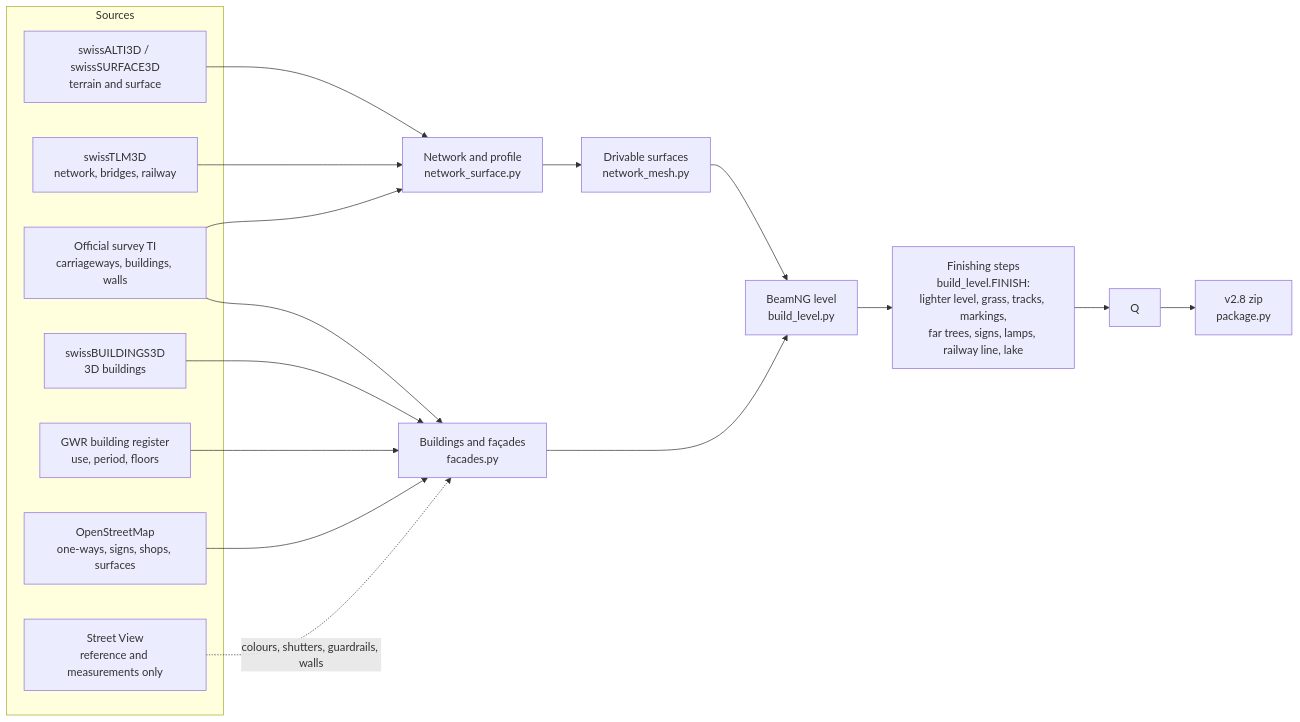
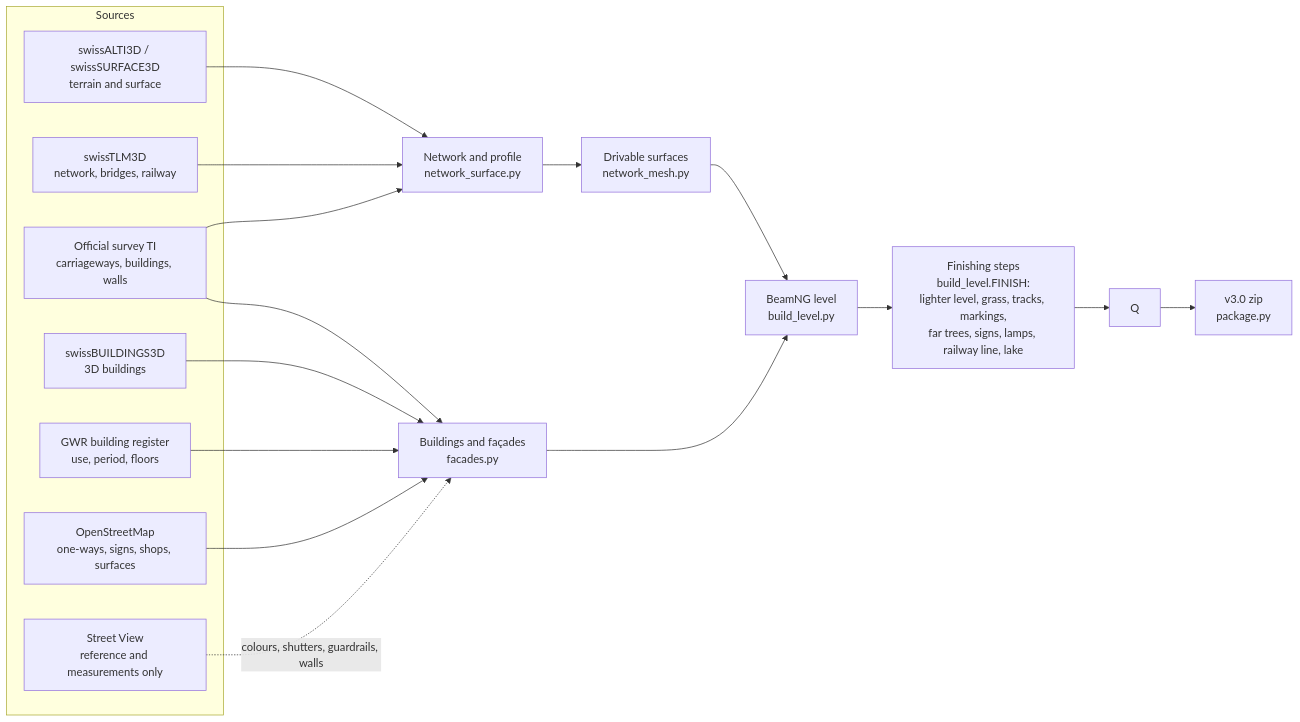
One commit to wintrymichi/magliasinaNG changed the diagram in README.md. Above: the diagram before and after it, drawn with Mermaid. The commit also changed other lines of this file, not shown here.

````diff
--- a/README.md
+++ b/README.md
@@ -145,20 +163,20 @@
 ```mermaid
 flowchart LR
     subgraph Sources
         A[swissALTI3D / swissSURFACE3D<br/>terrain and surface]
         B[swissTLM3D<br/>network, bridges, railway]
         C[Official survey TI<br/>carriageways, buildings, walls]
         D[swissBUILDINGS3D<br/>3D buildings]
         E[GWR building register<br/>use, period, floors]
         F[OpenStreetMap<br/>one-ways, signs, shops, surfaces]
         G[Street View<br/>reference and measurements only]
     end
     A & B & C --> R[Network and profile<br/>network_surface.py]
     R --> M[Drivable surfaces<br/>network_mesh.py]
     D & C & E & F --> H[Buildings and façades<br/>facades.py]
     G -. colours, shutters, guardrails, walls .-> H
     M & H --> L[BeamNG level<br/>build_level.py]
     L --> O[Finishing steps<br/>build_level.FINISH:<br/>lighter level, grass, tracks, markings,<br/>far trees, signs, lamps, railway line, lake]
     O --> Q
-    Q --> Z[v2.8 zip<br/>package.py]
+    Q --> Z[v3.0 zip<br/>package.py]
 ```
````
